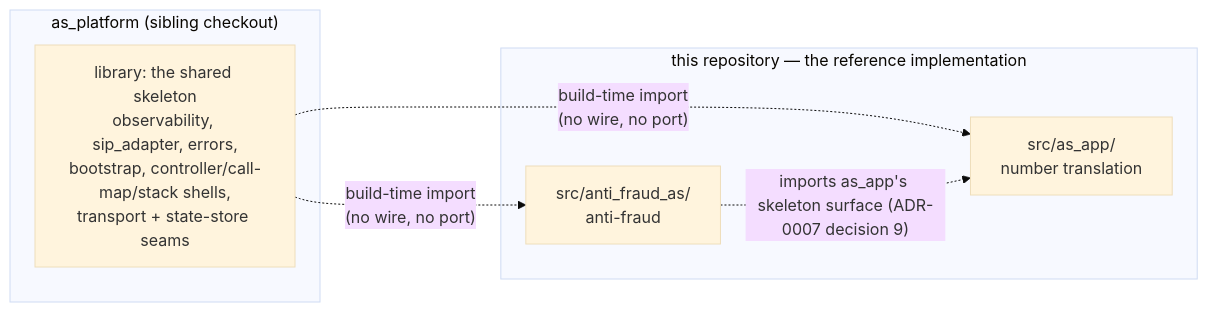
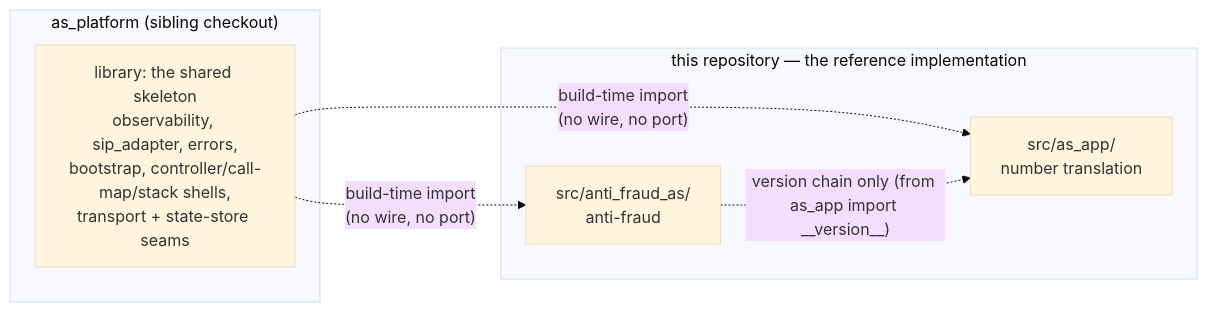
Before and after one commit to dolanshu/3rdparty_AS_POC: the tenth of 10 diagrams in docs/architecture/hld.md, drawn with Mermaid (base theme). The commit also changed other lines of this file and 2 other files, not shown here.

````diff
--- a/docs/architecture/hld.md
+++ b/docs/architecture/hld.md
@@ -470,13 +470,13 @@
 ```mermaid
 graph LR
     subgraph lib["as_platform (sibling checkout)"]
         PLAT["library: the shared skeleton<br/>observability, sip_adapter, errors,<br/>bootstrap, controller/call-map/stack shells,<br/>transport + state-store seams"]
     end
     subgraph ours["this repository — the reference implementation"]
         AS["src/as_app/<br/>number translation"]
         FRAUD["src/anti_fraud_as/<br/>anti-fraud"]
     end
     PLAT -. "build-time import<br/>(no wire, no port)" .-> AS
     PLAT -. "build-time import<br/>(no wire, no port)" .-> FRAUD
-    FRAUD -. "imports as_app's skeleton surface (ADR-0007 decision 9)" .-> AS
+    FRAUD -. "version chain only (from as_app import __version__)" .-> AS
 ```
````
